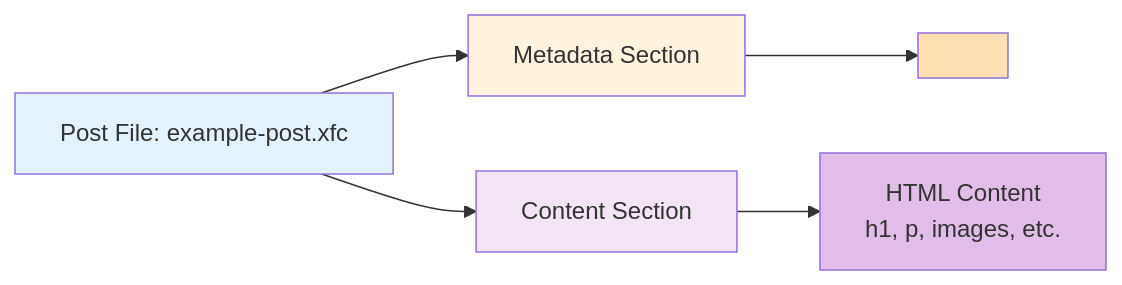
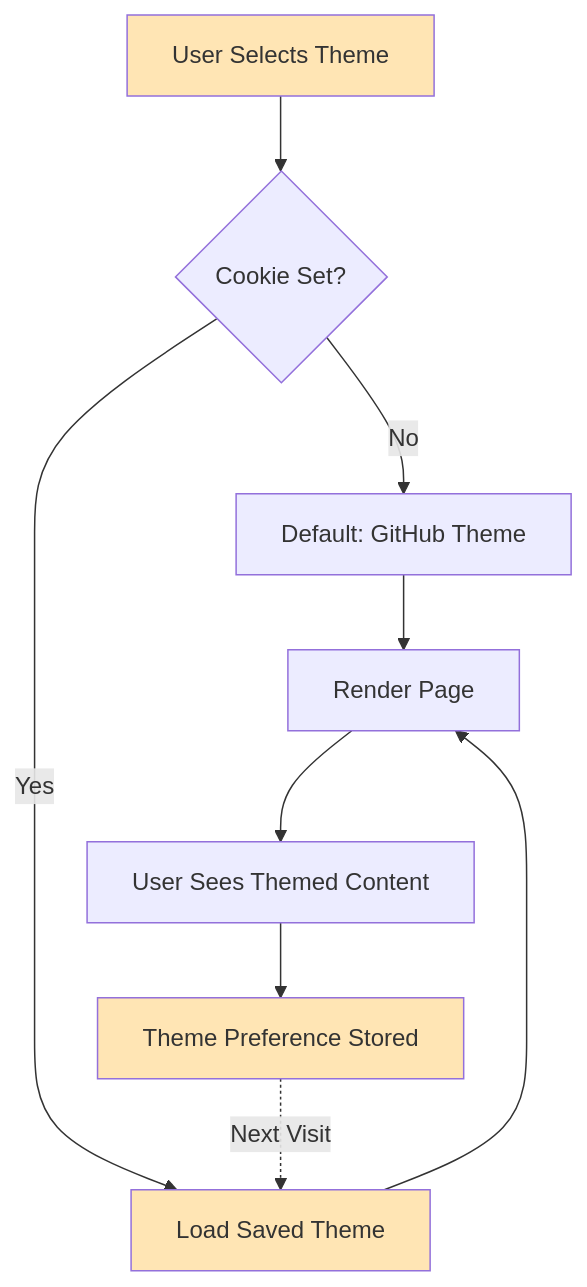
One commit to xsukax/xsukax-Flat-File-CMS changed the second of 5 diagrams in README.md. Above: the diagram before and after it, drawn with Mermaid. The commit also changed other lines of this file, not shown here.

````diff
--- a/README.md
+++ b/README.md
@@ -312,13 +43,15 @@
 ```mermaid
-graph LR
-    A[Post File: example-post.xfc] --> B[Metadata Section]
-    A --> C[Content Section]
-    B --> D[<!--META<br/>tags: tag1, tag2<br/>META-->]
-    C --> E[HTML Content<br/>h1, p, images, etc.]
+flowchart TD
+    A[User Selects Theme] --> B{Cookie Set?}
+    B -->|No| C[Default: GitHub Theme]
+    B -->|Yes| D[Load Saved Theme]
+    C --> E[Render Page]
+    D --> E
+    E --> F[User Sees Themed Content]
+    F --> G[Theme Preference Stored]
+    G -.->|Next Visit| D
     
-    style A fill:#e3f2fd
-    style B fill:#fff3e0
-    style C fill:#f3e5f5
-    style D fill:#ffe0b2
-    style E fill:#e1bee7
+    style A fill:#FFE5B4
+    style D fill:#FFE5B4
+    style G fill:#FFE5B4
 ```
````
